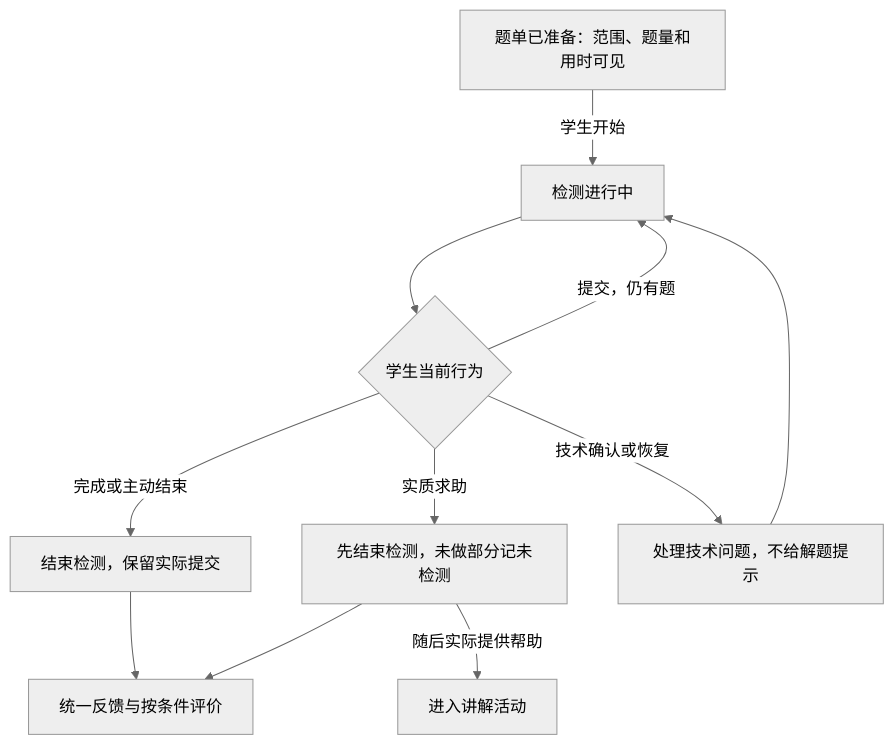
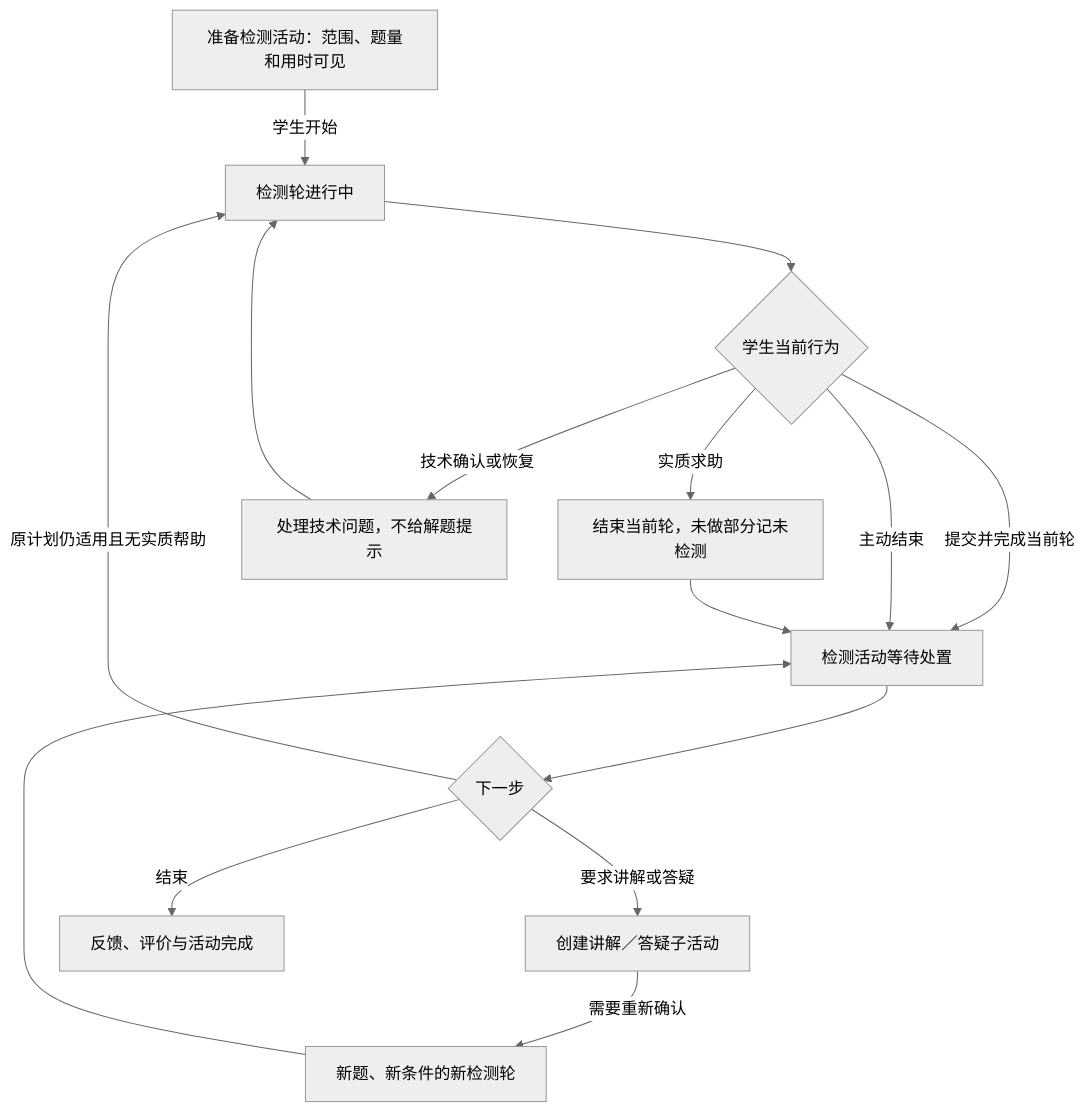
One commit to ivgotcrazy/deermind changed the fourth of 4 diagrams in doc/mvp/m1/PRD.md. Above: the diagram before and after it, drawn with Mermaid (neutral theme). The commit also changed other lines of this file and 15 other files, not shown here.

````diff
--- a/doc/mvp/m1/PRD.md
+++ b/doc/mvp/m1/PRD.md
@@ -380,13 +384,17 @@
 ```mermaid
 flowchart TB
-    P["题单已准备：范围、题量和用时可见"] -->|"学生开始"| R["检测进行中"]
+    P["准备检测活动：范围、题量和用时可见"] -->|"学生开始"| R["检测轮进行中"]
     R --> A{"学生当前行为"}
-    A -->|"提交，仍有题"| R
-    A -->|"完成或主动结束"| E["结束检测，保留实际提交"]
-    A -->|"实质求助"| H["先结束检测，未做部分记未检测"]
-    H -->|"随后实际提供帮助"| T["进入讲解活动"]
+    A -->|"提交并完成当前轮"| W["检测活动等待处置"]
+    A -->|"主动结束"| W
+    A -->|"实质求助"| H["结束当前轮，未做部分记未检测"]
+    H --> W
     A -->|"技术确认或恢复"| C["处理技术问题，不给解题提示"]
     C --> R
-    E --> F["统一反馈与按条件评价"]
-    H --> F
+    W --> N{"下一步"}
+    N -->|"原计划仍适用且无实质帮助"| R
+    N -->|"要求讲解或答疑"| T["创建讲解／答疑子活动"]
+    T -->|"需要重新确认"| Q["新题、新条件的新检测轮"]
+    Q --> W
+    N -->|"结束"| F["反馈、评价与活动完成"]
 ```
````
